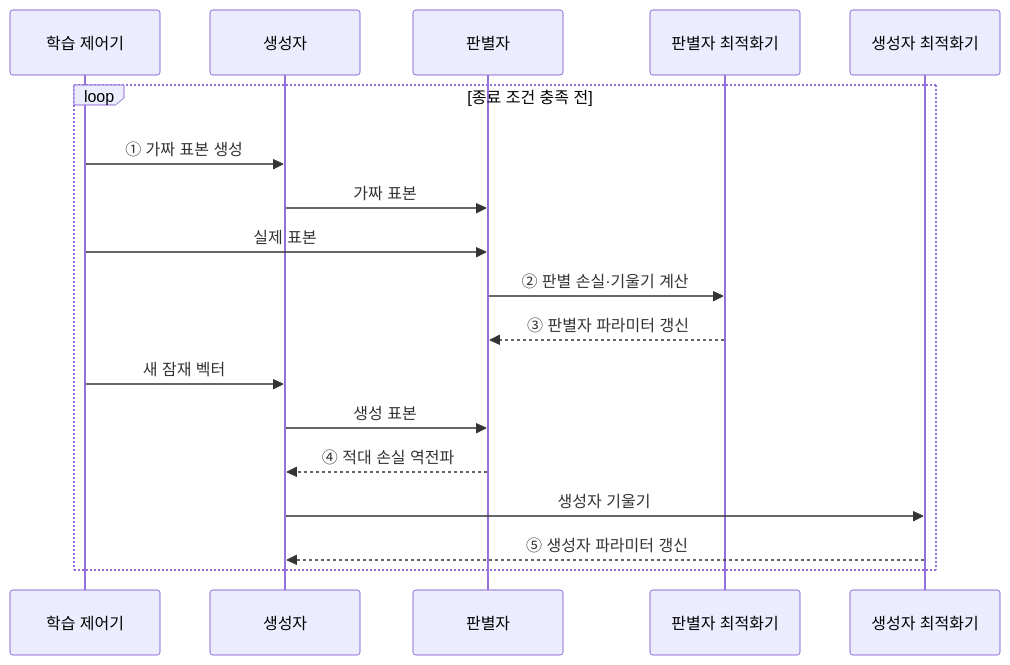
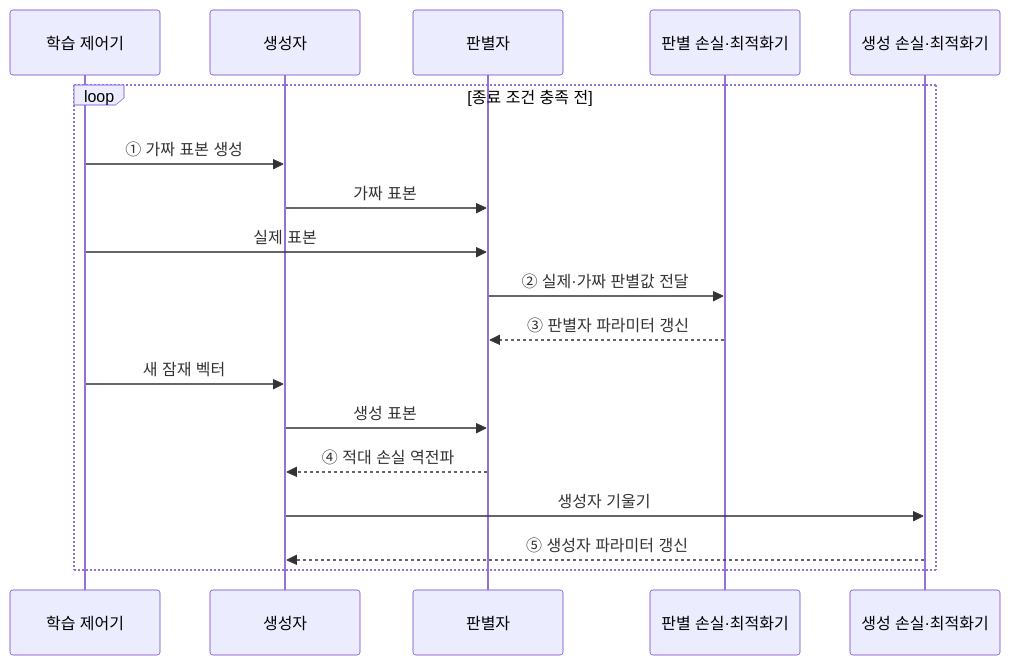
One commit to agnusdei1207/knowledge-base changed the second of 2 diagrams in src/content/docs/notes/01-basic-theory/046_gan.md. Above: the diagram before and after it, drawn with Mermaid. The commit also changed other lines of this file and 20 other files, not shown here.

````diff
--- a/src/content/docs/notes/01-basic-theory/046_gan.md
+++ b/src/content/docs/notes/01-basic-theory/046_gan.md
@@ -92,20 +92,20 @@
 ```mermaid
 sequenceDiagram
     participant T as 학습 제어기
     participant G as 생성자
     participant D as 판별자
-    participant OD as 판별자 최적화기
-    participant OG as 생성자 최적화기
+    participant OD as 판별 손실·최적화기
+    participant OG as 생성 손실·최적화기
     loop 종료 조건 충족 전
         T->>G: ① 가짜 표본 생성
         G->>D: 가짜 표본
         T->>D: 실제 표본
-        D->>OD: ② 판별 손실·기울기 계산
+        D->>OD: ② 실제·가짜 판별값 전달
         OD-->>D: ③ 판별자 파라미터 갱신
         T->>G: 새 잠재 벡터
         G->>D: 생성 표본
         D-->>G: ④ 적대 손실 역전파
         G->>OG: 생성자 기울기
         OG-->>G: ⑤ 생성자 파라미터 갱신
     end
 ```
````
